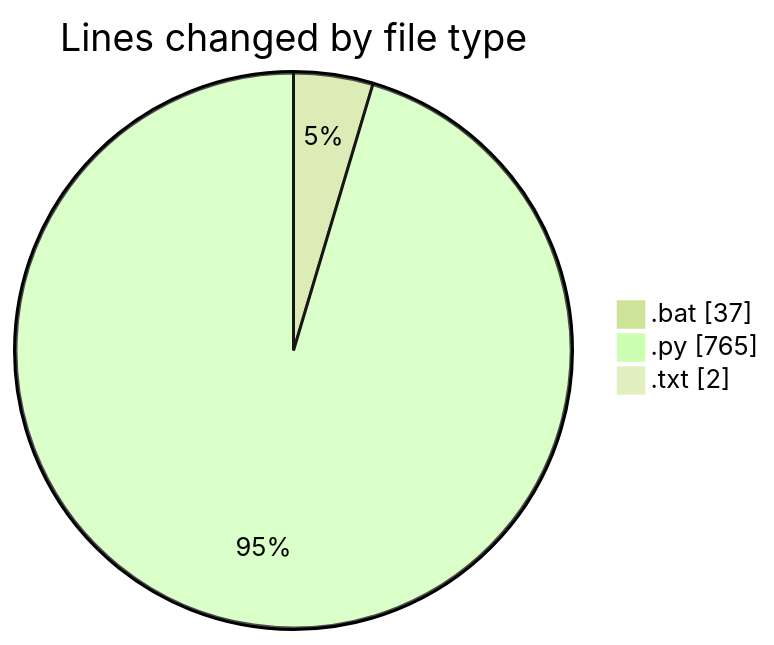
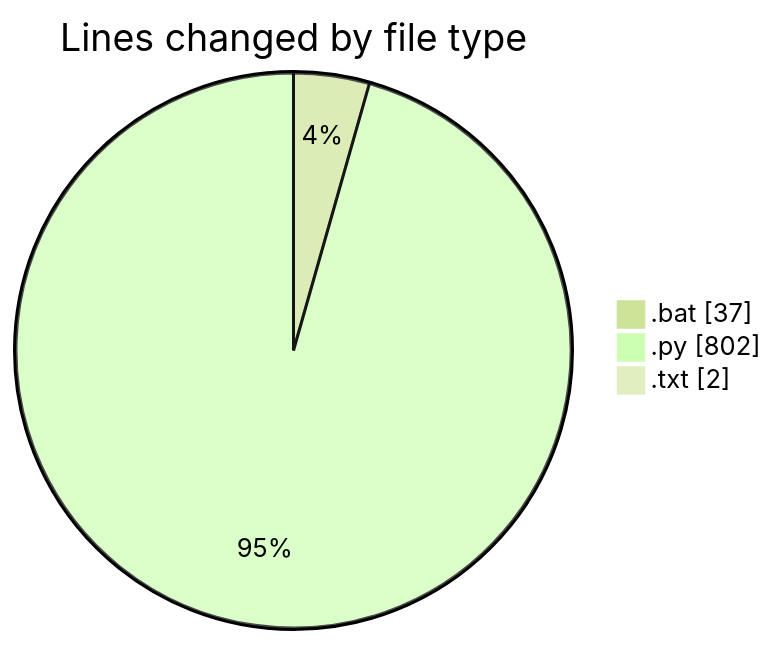
Before and after one commit to FelipKnott/code-tracking: the first of 2 diagrams in 2025-07-04/cursor/README.md, drawn with Mermaid (forest theme). The commit also changed other lines of this file and 1 other file, not shown here.

````diff
--- a/2025-07-04/cursor/README.md
+++ b/2025-07-04/cursor/README.md
@@ -34,7 +34,7 @@
 ```mermaid
 pie showData
 title Lines changed by file type
 ".bat" : 37
-".py" : 765
+".py" : 802
 ".txt" : 2
 ```
````
